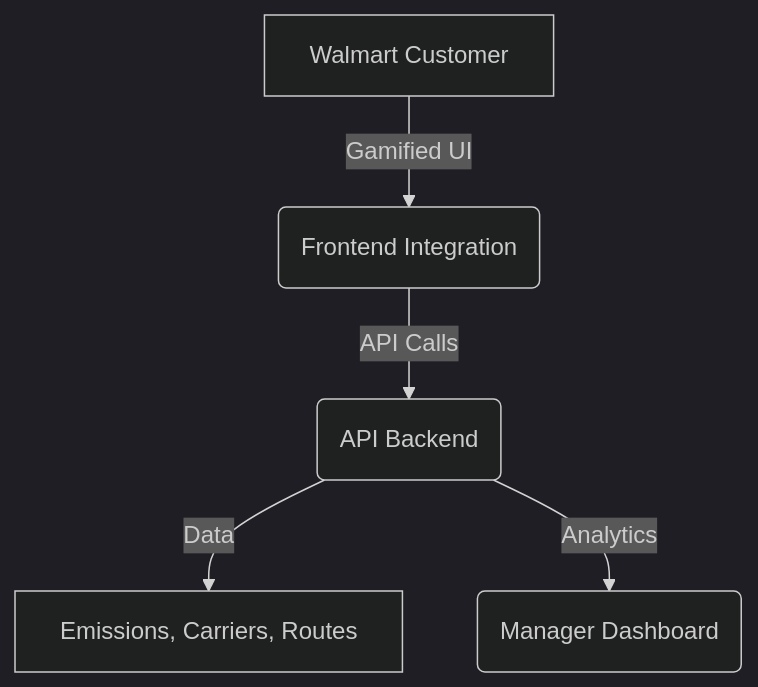
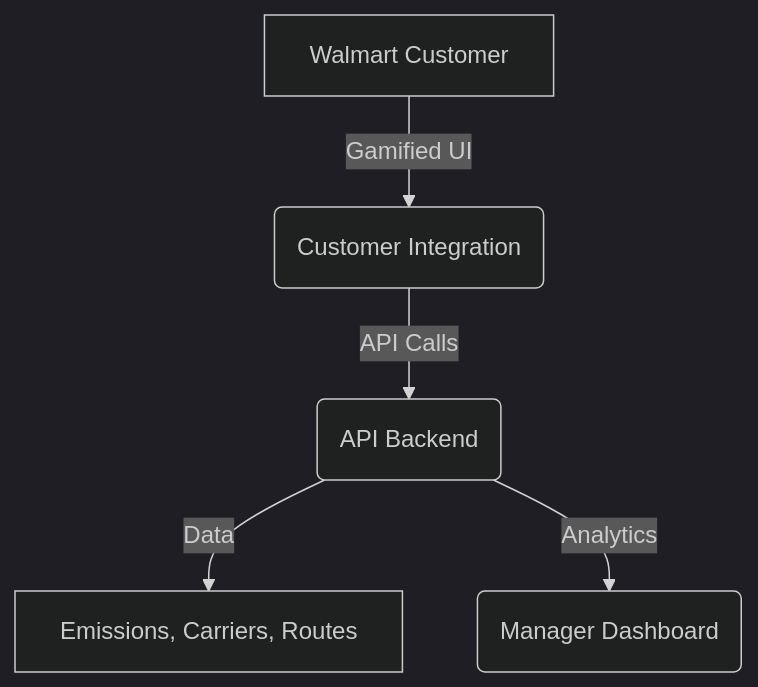
The diagram in README.md (shrxya1810/RouteZero), drawn with Mermaid (dark theme) before and after one commit. The commit also changed other lines of this file, not shown here.

````diff
--- a/README.md
+++ b/README.md
@@ -35,7 +17,7 @@
 ```mermaid
 graph TD;
-  A[Walmart Customer] -->|Gamified UI| B(Frontend Integration)
+  A[Walmart Customer] -->|Gamified UI| B(Customer Integration)
   B -->|API Calls| C(API Backend)
   C -->|Data| D[Emissions, Carriers, Routes]
   C -->|Analytics| E(Manager Dashboard)
 ```
````
